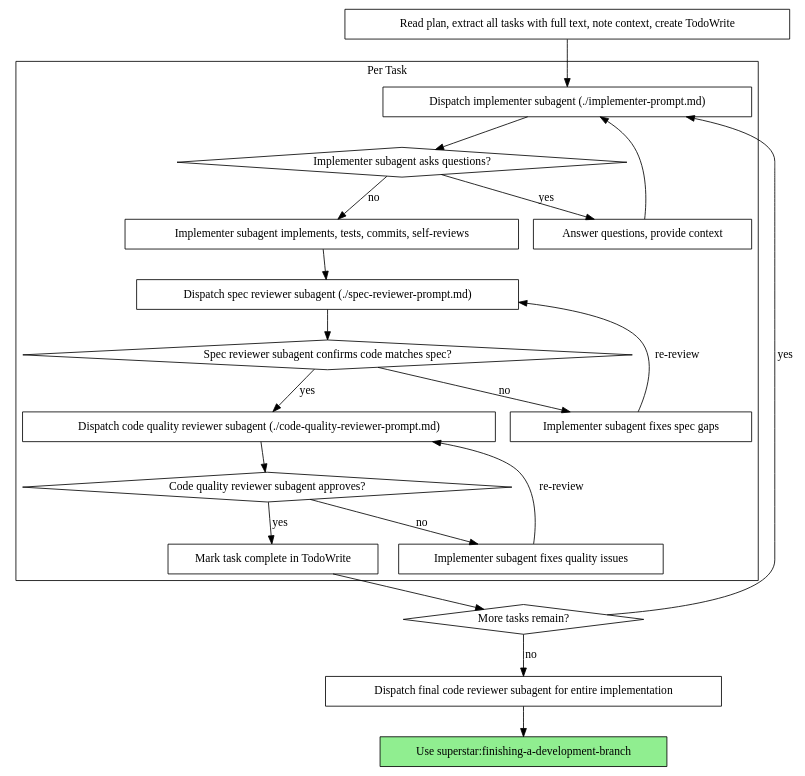
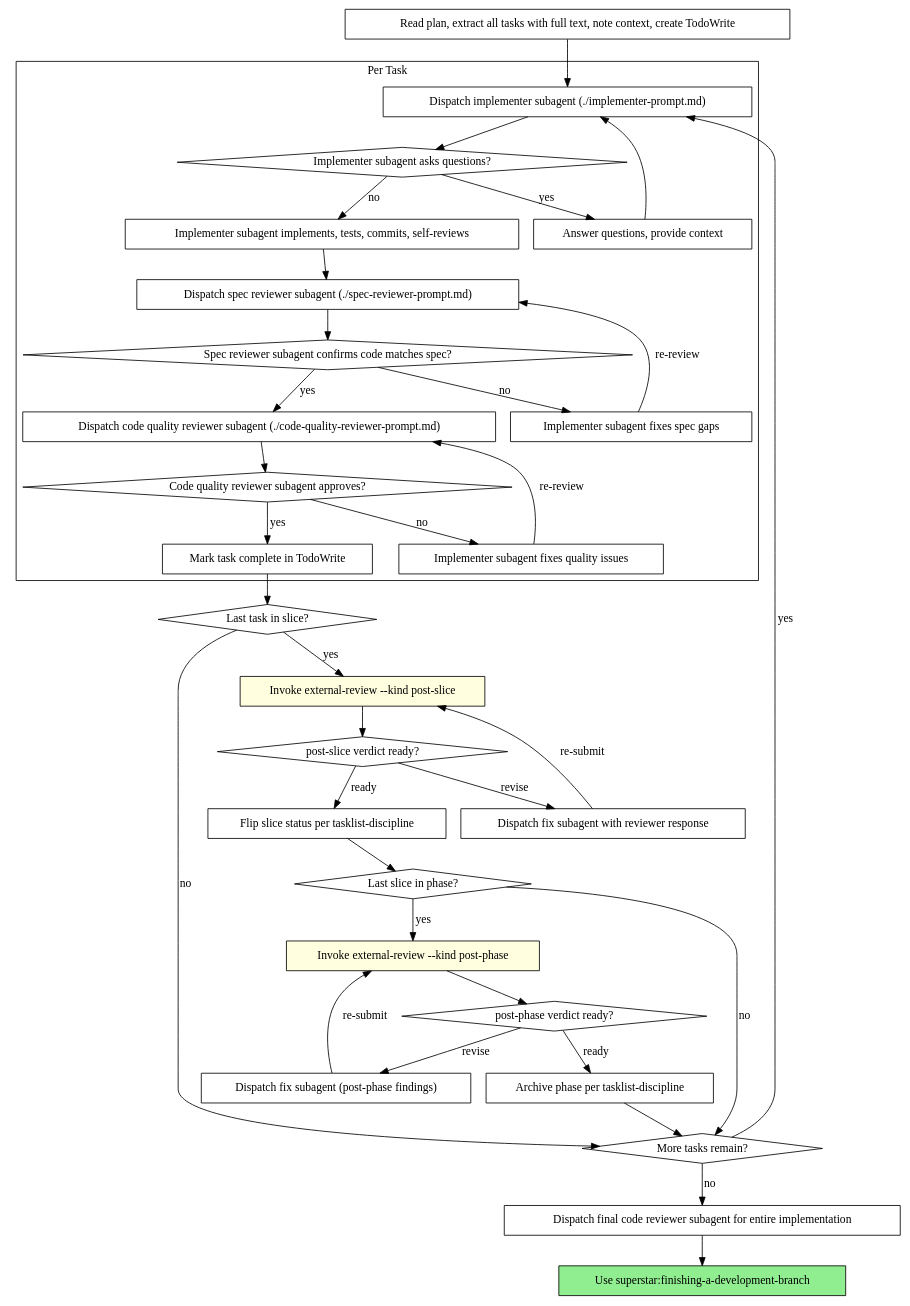
Before and after one commit to sigreer/superstar: the second of 2 diagrams in skills/subagent-driven-development/SKILL.md, drawn with Graphviz. The commit also changed other lines of this file, not shown here.

Commit message:
docs(subagent-driven-development): fix subagent must write rN-resolution.md

````diff
--- a/skills/subagent-driven-development/SKILL.md
+++ b/skills/subagent-driven-development/SKILL.md
@@ -72,44 +81,68 @@
 ```dot
 digraph process {
     rankdir=TB;
 
     subgraph cluster_per_task {
         label="Per Task";
         "Dispatch implementer subagent (./implementer-prompt.md)" [shape=box];
         "Implementer subagent asks questions?" [shape=diamond];
         "Answer questions, provide context" [shape=box];
         "Implementer subagent implements, tests, commits, self-reviews" [shape=box];
         "Dispatch spec reviewer subagent (./spec-reviewer-prompt.md)" [shape=box];
         "Spec reviewer subagent confirms code matches spec?" [shape=diamond];
         "Implementer subagent fixes spec gaps" [shape=box];
         "Dispatch code quality reviewer subagent (./code-quality-reviewer-prompt.md)" [shape=box];
         "Code quality reviewer subagent approves?" [shape=diamond];
         "Implementer subagent fixes quality issues" [shape=box];
         "Mark task complete in TodoWrite" [shape=box];
     }
 
     "Read plan, extract all tasks with full text, note context, create TodoWrite" [shape=box];
+    "Last task in slice?" [shape=diamond];
+    "Invoke external-review --kind post-slice" [shape=box style=filled fillcolor=lightyellow];
+    "post-slice verdict ready?" [shape=diamond];
+    "Dispatch fix subagent with reviewer response" [shape=box];
+    "Flip slice status per tasklist-discipline" [shape=box];
+    "Last slice in phase?" [shape=diamond];
+    "Invoke external-review --kind post-phase" [shape=box style=filled fillcolor=lightyellow];
+    "post-phase verdict ready?" [shape=diamond];
+    "Dispatch fix subagent (post-phase findings)" [shape=box];
+    "Archive phase per tasklist-discipline" [shape=box];
     "More tasks remain?" [shape=diamond];
     "Dispatch final code reviewer subagent for entire implementation" [shape=box];
     "Use superstar:finishing-a-development-branch" [shape=box style=filled fillcolor=lightgreen];
 
     "Read plan, extract all tasks with full text, note context, create TodoWrite" -> "Dispatch implementer subagent (./implementer-prompt.md)";
     "Dispatch implementer subagent (./implementer-prompt.md)" -> "Implementer subagent asks questions?";
     "Implementer subagent asks questions?" -> "Answer questions, provide context" [label="yes"];
     "Answer questions, provide context" -> "Dispatch implementer subagent (./implementer-prompt.md)";
     "Implementer subagent asks questions?" -> "Implementer subagent implements, tests, commits, self-reviews" [label="no"];
     "Implementer subagent implements, tests, commits, self-reviews" -> "Dispatch spec reviewer subagent (./spec-reviewer-prompt.md)";
     "Dispatch spec reviewer subagent (./spec-reviewer-prompt.md)" -> "Spec reviewer subagent confirms code matches spec?";
     "Spec reviewer subagent confirms code matches spec?" -> "Implementer subagent fixes spec gaps" [label="no"];
     "Implementer subagent fixes spec gaps" -> "Dispatch spec reviewer subagent (./spec-reviewer-prompt.md)" [label="re-review"];
     "Spec reviewer subagent confirms code matches spec?" -> "Dispatch code quality reviewer subagent (./code-quality-reviewer-prompt.md)" [label="yes"];
     "Dispatch code quality reviewer subagent (./code-quality-reviewer-prompt.md)" -> "Code quality reviewer subagent approves?";
     "Code quality reviewer subagent approves?" -> "Implementer subagent fixes quality issues" [label="no"];
     "Implementer subagent fixes quality issues" -> "Dispatch code quality reviewer subagent (./code-quality-reviewer-prompt.md)" [label="re-review"];
     "Code quality reviewer subagent approves?" -> "Mark task complete in TodoWrite" [label="yes"];
-    "Mark task complete in TodoWrite" -> "More tasks remain?";
+    "Mark task complete in TodoWrite" -> "Last task in slice?";
+    "Last task in slice?" -> "More tasks remain?" [label="no"];
+    "Last task in slice?" -> "Invoke external-review --kind post-slice" [label="yes"];
+    "Invoke external-review --kind post-slice" -> "post-slice verdict ready?";
+    "post-slice verdict ready?" -> "Dispatch fix subagent with reviewer response" [label="revise"];
+    "Dispatch fix subagent with reviewer response" -> "Invoke external-review --kind post-slice" [label="re-submit"];
+    "post-slice verdict ready?" -> "Flip slice status per tasklist-discipline" [label="ready"];
+    "Flip slice status per tasklist-discipline" -> "Last slice in phase?";
+    "Last slice in phase?" -> "More tasks remain?" [label="no"];
+    "Last slice in phase?" -> "Invoke external-review --kind post-phase" [label="yes"];
+    "Invoke external-review --kind post-phase" -> "post-phase verdict ready?";
+    "post-phase verdict ready?" -> "Dispatch fix subagent (post-phase findings)" [label="revise"];
+    "Dispatch fix subagent (post-phase findings)" -> "Invoke external-review --kind post-phase" [label="re-submit"];
+    "post-phase verdict ready?" -> "Archive phase per tasklist-discipline" [label="ready"];
+    "Archive phase per tasklist-discipline" -> "More tasks remain?";
     "More tasks remain?" -> "Dispatch implementer subagent (./implementer-prompt.md)" [label="yes"];
     "More tasks remain?" -> "Dispatch final code reviewer subagent for entire implementation" [label="no"];
     "Dispatch final code reviewer subagent for entire implementation" -> "Use superstar:finishing-a-development-branch";
 }
 ```
````
